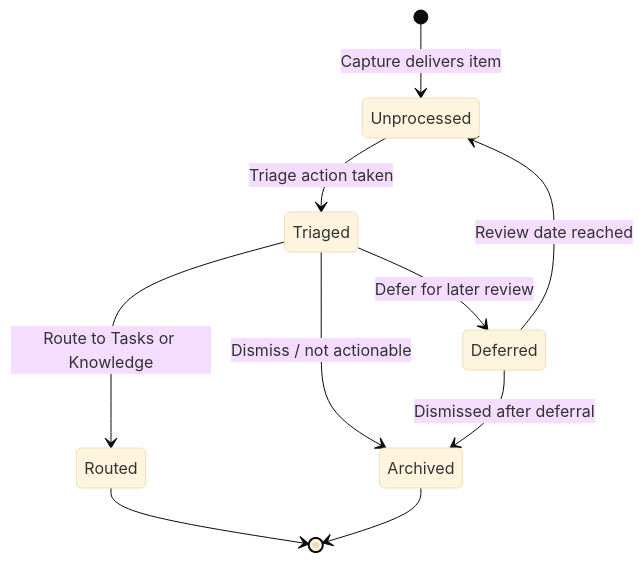
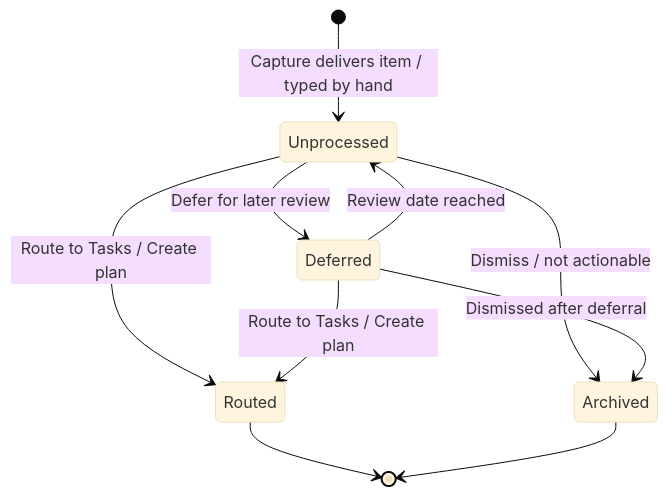
Before and after one commit to JSdotNet/Backlog: the first of 2 diagrams in .domain/inbox/flow.md, drawn with Mermaid (base theme). The commit also changed other lines of this file and 17 other files, not shown here.

First line of the commit message:
Refresh the Inbox domain and architecture docs for the module split

````diff
--- a/.domain/inbox/flow.md
+++ b/.domain/inbox/flow.md
@@ -14,12 +15,12 @@
 ```mermaid
 stateDiagram-v2
-    [*] --> Unprocessed : Capture delivers item
-    Unprocessed --> Triaged : Triage action taken
-    Triaged --> Routed : Route to Tasks or Knowledge
-    Triaged --> Deferred : Defer for later review
-    Triaged --> Archived : Dismiss / not actionable
+    [*] --> Unprocessed : Capture delivers item / typed by hand
+    Unprocessed --> Routed : Route to Tasks / Create plan
+    Unprocessed --> Deferred : Defer for later review
+    Unprocessed --> Archived : Dismiss / not actionable
     Deferred --> Unprocessed : Review date reached
+    Deferred --> Routed : Route to Tasks / Create plan
     Deferred --> Archived : Dismissed after deferral
     Routed --> [*]
     Archived --> [*]
 ```
````
